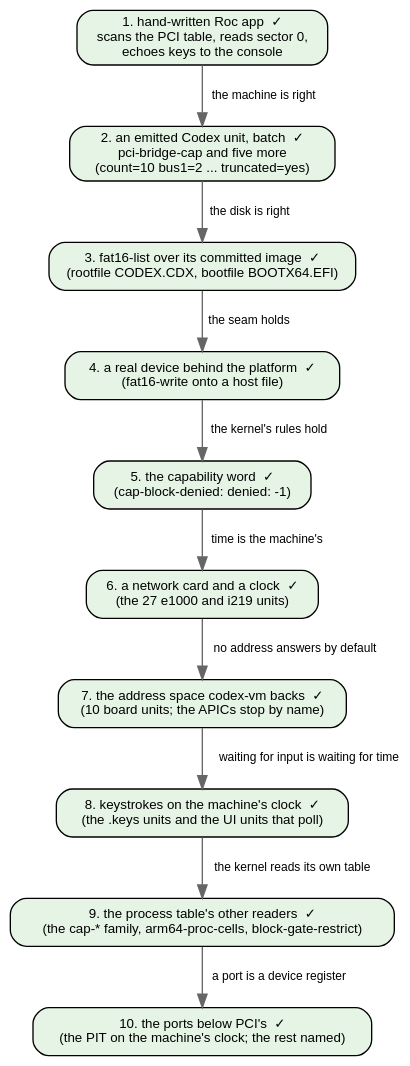
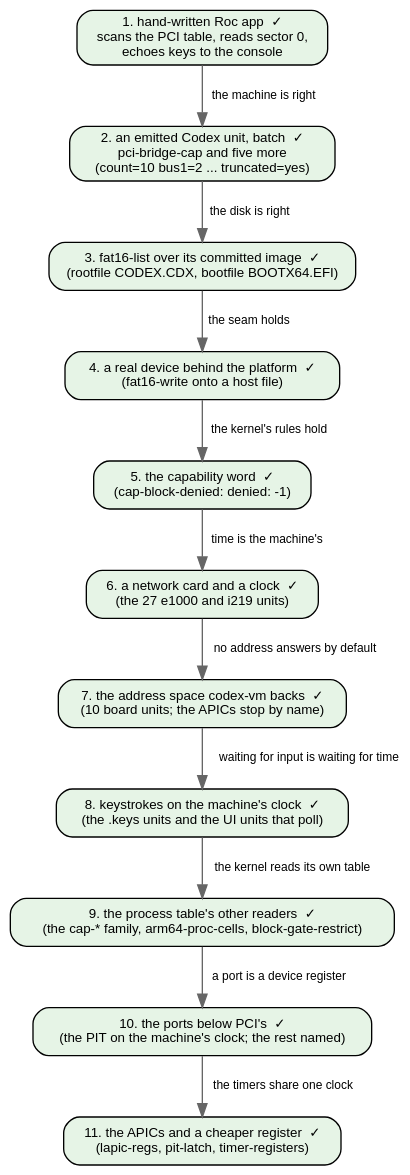
Before and after one commit to showell/essay-repl-server: diagram 11 of 11 in notes/roc-machine-emulator.md, drawn with Graphviz. The commit also changed other lines of this file, not shown here.

First line of the commit message:
roc-machine-emulator: step 11, the local APIC, the IOAPIC, and a cheaper register

````diff
--- a/notes/roc-machine-emulator.md
+++ b/notes/roc-machine-emulator.md
@@ -767,27 +823,29 @@
 ```dot
 digraph demo {
   rankdir=TB; bgcolor="transparent";
   node [shape=box style="rounded,filled" fontname="Helvetica" fontsize=10 fillcolor="#ffffff"];
   edge [fontname="Helvetica" fontsize=9 color="#666666"];
 
   a [label="1. hand-written Roc app  ✓\nscans the PCI table, reads sector 0,\nechoes keys to the console" fillcolor="#e6f4e6"];
   b [label="2. an emitted Codex unit, batch  ✓\npci-bridge-cap and five more\n(count=10 bus1=2 ... truncated=yes)" fillcolor="#e6f4e6"];
   c [label="3. fat16-list over its committed image  ✓\n(rootfile CODEX.CDX, bootfile BOOTX64.EFI)" fillcolor="#e6f4e6"];
   d [label="4. a real device behind the platform  ✓\n(fat16-write onto a host file)" fillcolor="#e6f4e6"];
   e [label="5. the capability word  ✓\n(cap-block-denied: denied: -1)" fillcolor="#e6f4e6"];
   f [label="6. a network card and a clock  ✓\n(the 27 e1000 and i219 units)" fillcolor="#e6f4e6"];
   g [label="7. the address space codex-vm backs  ✓\n(10 board units; the APICs stop by name)" fillcolor="#e6f4e6"];
   h [label="8. keystrokes on the machine's clock  ✓\n(the .keys units and the UI units that poll)" fillcolor="#e6f4e6"];
   i [label="9. the process table's other readers  ✓\n(the cap-* family, arm64-proc-cells, block-gate-restrict)" fillcolor="#e6f4e6"];
   j [label="10. the ports below PCI's  ✓\n(the PIT on the machine's clock; the rest named)" fillcolor="#e6f4e6"];
+  k [label="11. the APICs and a cheaper register  ✓\n(lapic-regs, pit-latch, timer-registers)" fillcolor="#e6f4e6"];
   a -> b [label="the machine is right"];
   b -> c [label="the disk is right"];
   c -> d [label="the seam holds"];
   d -> e [label="the kernel's rules hold"];
   e -> f [label="time is the machine's"];
   f -> g [label="no address answers by default"];
   g -> h [label="waiting for input is waiting for time"];
   h -> i [label="the kernel reads its own table"];
   i -> j [label="a port is a device register"];
+  j -> k [label="the timers share one clock"];
 }
 ```
````
